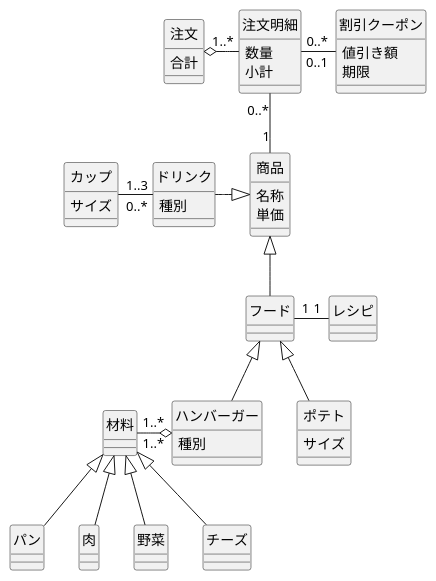
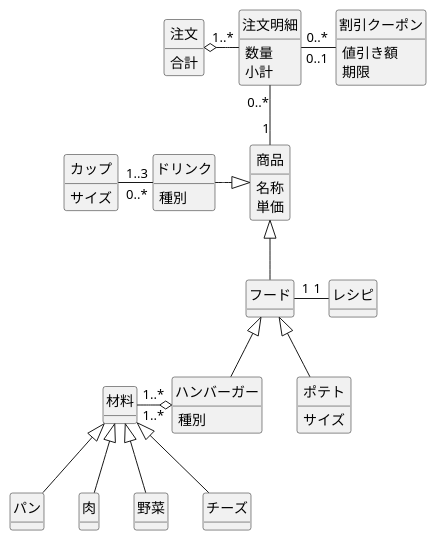
Before and after one commit to Raiki215/uml-introduction: the diagram in 演習7-4-1_CL_ハンバーガーショップ.pu, drawn with PlantUML.

Commit message:
演習7-4-1やり直し

```diff
--- a/演習7-4-1_CL_ハンバーガーショップ.pu
+++ b/演習7-4-1_CL_ハンバーガーショップ.pu
@@ -1,89 +1,92 @@
 @startuml
 hide circle
 
 class "ドリンク" as a{
     種別
 }
 
 class "フード" as b{
 
 }
 
 class "商品" as c{
     名称
     単価
 }
 
 class "注文明細" as d{
     数量
     小計
 }
 
 class "注文" as e{
     合計
 }
 
 class "カップ" as f{
     サイズ
 }
 
 class "材料" as g{
 
 }
 
 class "ハンバーガー" as h{
     種別
 }
 
 class "割引クーポン" as i{
     値引き額
     期限
 }
 
 class "レシピ" as j{
 
 }
 
 class "ポテト" as k{
     サイズ
 }
 
 class "パン" as l{
 
 }
 
 class "肉" as m{
 
 }
 
 class "野菜" as n{
 
 }
 
 class "チーズ" as o{
 
 }
 
 e "1..*" o-right- d
 d "0..*" -right- "0..1" i
 d "0..*" -- "1" c
 
 a "0..*" -left- "1..3" f
 
 a -right-|> c
 
 b -up-|> c
 
 b "1" -right- "1" j
 
 h -up-|> b
 k -up-|> b
 
 h "1..*" o-left- "1..*" g
 
 l -up-|> g
 m -up-|> g
 n -up-|> g
 o -up-|> g
 
+hide members
+show fields
+
 @enduml
```
